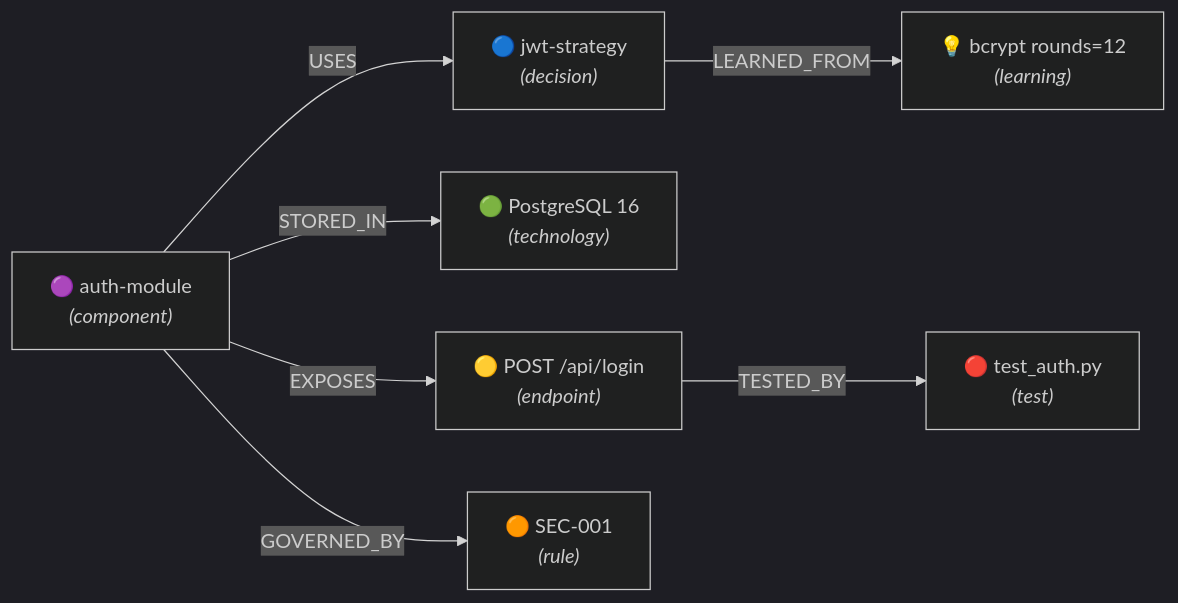
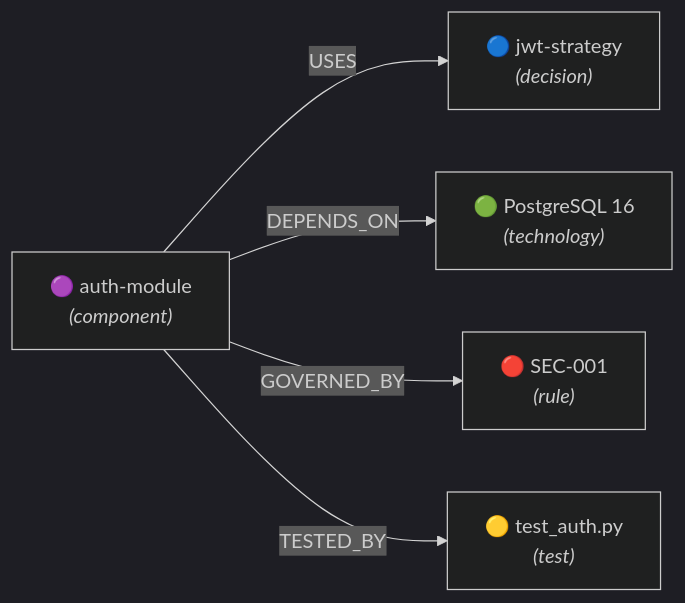
Before and after one commit to anthra123x/OpenCode-Neural-Swarm-Architecture: the second of 2 diagrams in README.md, drawn with Mermaid (dark theme). The commit also changed other lines of this file and 2 other files, not shown here.

Commit message:
docs: add MIT license under anthra123x and update v2 Rust core architecture documentation

````diff
--- a/README.md
+++ b/README.md
@@ -66,17 +77,13 @@
 ```mermaid
 graph LR
     auth["🟣 auth-module<br/><i>(component)</i>"]
     jwt["🔵 jwt-strategy<br/><i>(decision)</i>"]
     pg["🟢 PostgreSQL 16<br/><i>(technology)</i>"]
-    login["🟡 POST /api/login<br/><i>(endpoint)</i>"]
-    test_auth["🔴 test_auth.py<br/><i>(test)</i>"]
-    sec001["🟠 SEC-001<br/><i>(rule)</i>"]
-    learn["💡 bcrypt rounds=12<br/><i>(learning)</i>"]
+    sec["🔴 SEC-001<br/><i>(rule)</i>"]
+    test["🟡 test_auth.py<br/><i>(test)</i>"]
 
     auth -->|"USES"| jwt
-    auth -->|"STORED_IN"| pg
-    auth -->|"EXPOSES"| login
-    login -->|"TESTED_BY"| test_auth
-    auth -->|"GOVERNED_BY"| sec001
-    jwt -->|"LEARNED_FROM"| learn
+    auth -->|"DEPENDS_ON"| pg
+    auth -->|"GOVERNED_BY"| sec
+    auth -->|"TESTED_BY"| test
 ```
````
